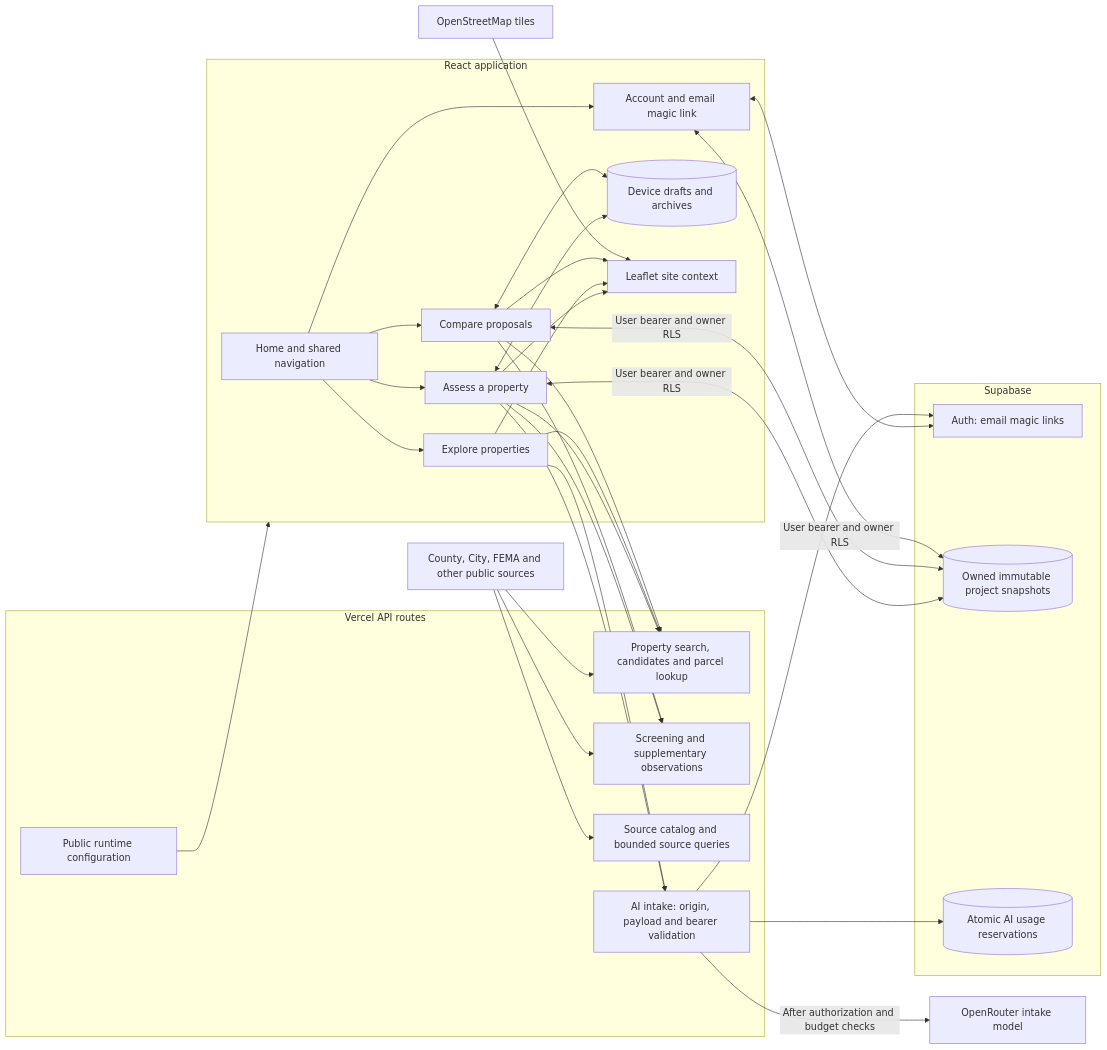
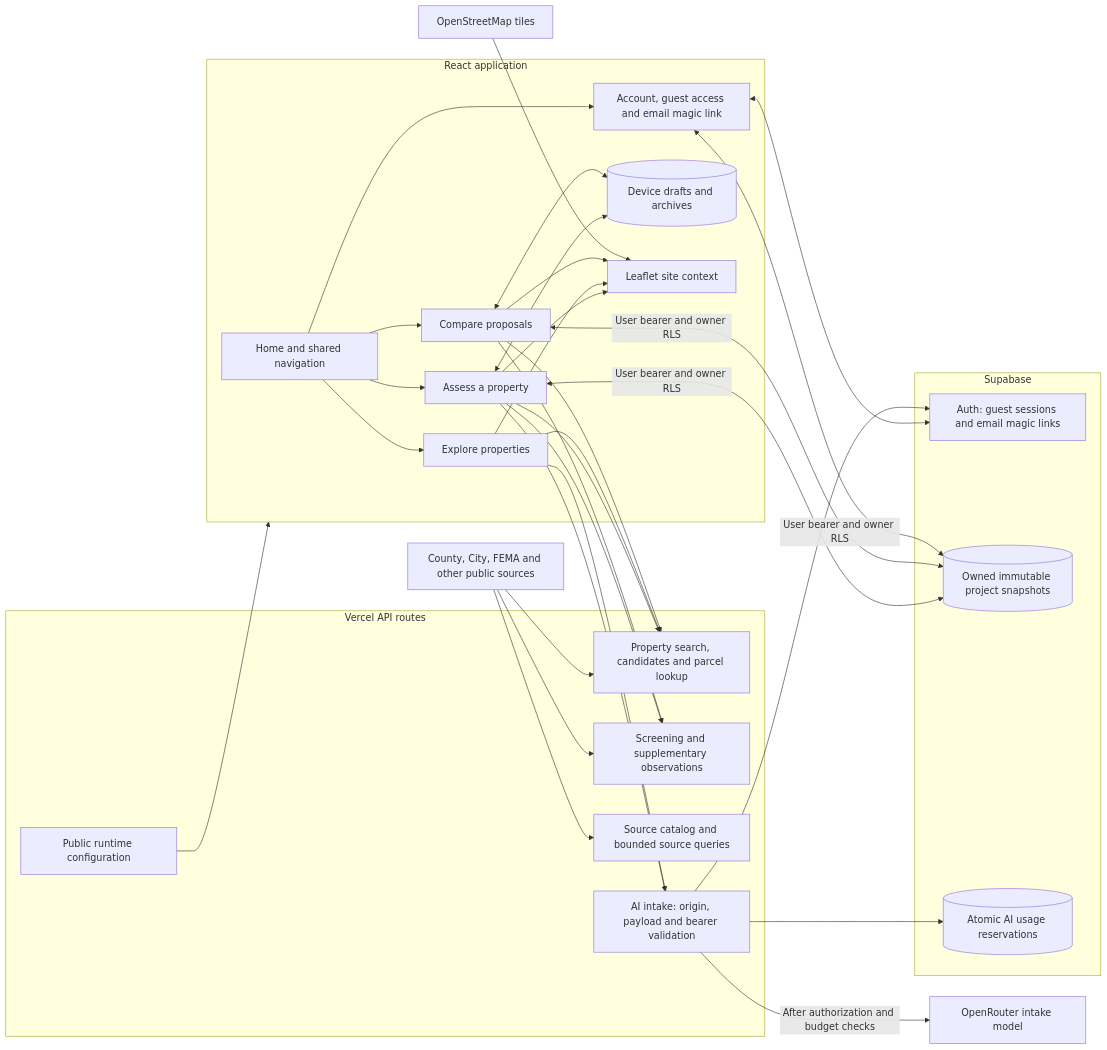
One commit to het-sheth/ai-housing-navigator changed the first of 2 diagrams in docs/architecture.md. Above: the diagram before and after it, drawn with Mermaid. The commit also changed other lines of this file and 5 other files, not shown here.

Commit message:
feat: add guest access for public judges

````diff
--- a/docs/architecture.md
+++ b/docs/architecture.md
@@ -9,38 +9,38 @@
 ```mermaid
 flowchart LR
   subgraph Browser[React application]
     HOME[Home and shared navigation]
     WALK[Assess a property]
     EXP[Explore properties]
     COMP[Compare proposals]
-    ACCOUNT[Account and email magic link]
+    ACCOUNT[Account, guest access and email magic link]
     LOCAL[(Device drafts and archives)]
     MAP[Leaflet site context]
     HOME --> WALK & EXP & COMP & ACCOUNT
     WALK & COMP <--> LOCAL
     WALK & EXP & COMP --> MAP
   end
   subgraph Hosted[Vercel API routes]
     CONFIG[Public runtime configuration]
     PROPERTY[Property search, candidates and parcel lookup]
     SCREEN[Screening and supplementary observations]
     SOURCES[Source catalog and bounded source queries]
     ASSIST[AI intake: origin, payload and bearer validation]
   end
   subgraph Supabase[Supabase]
-    AUTH[Auth: email magic links]
+    AUTH[Auth: guest sessions and email magic links]
     SAVED[(Owned immutable project snapshots)]
     LIMITS[(Atomic AI usage reservations)]
   end
   CONFIG --> Browser
   WALK & EXP & COMP --> PROPERTY
   WALK & COMP --> SCREEN
   PUBLIC[County, City, FEMA and other public sources] --> PROPERTY & SCREEN & SOURCES
   ACCOUNT <--> AUTH
   WALK & COMP & ACCOUNT <-->|User bearer and owner RLS| SAVED
   WALK & EXP --> ASSIST
   ASSIST --> AUTH
   ASSIST --> LIMITS
   ASSIST -->|After authorization and budget checks| AI[OpenRouter intake model]
   OSM[OpenStreetMap tiles] --> MAP
 ```
````
